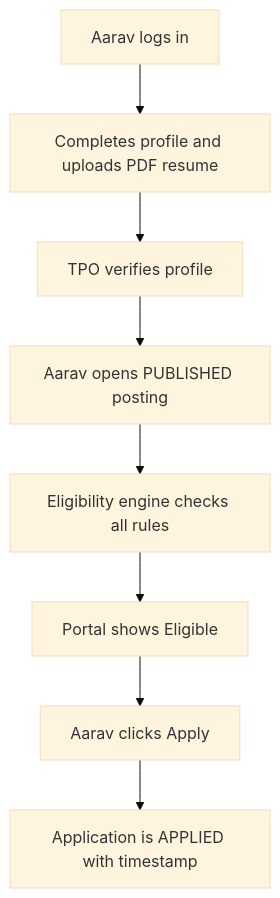
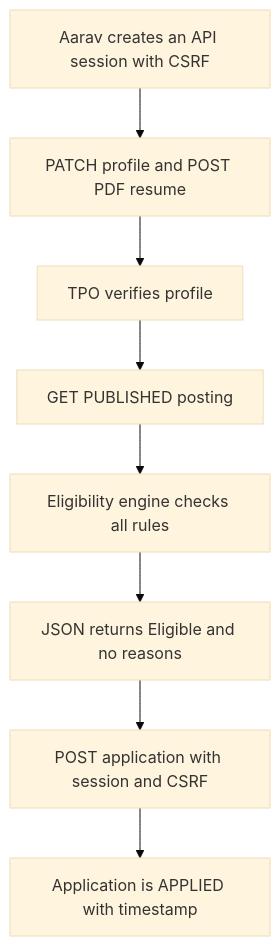
The first of 3 diagrams in docs/02-users-and-roles.md (sukurcf/spec-campushire-placement-portal), drawn with Mermaid (base theme) before and after one commit. The commit also changed other lines of this file and 14 other files, not shown here.

````diff
--- a/docs/02-users-and-roles.md
+++ b/docs/02-users-and-roles.md
@@ -50,10 +50,10 @@
 ```mermaid
 flowchart TD
-    A["Aarav logs in"] --> B["Completes profile and uploads PDF resume"]
+    A["Aarav creates an API session with CSRF"] --> B["PATCH profile and POST PDF resume"]
     B --> C["TPO verifies profile"]
-    C --> D["Aarav opens PUBLISHED posting"]
+    C --> D["GET PUBLISHED posting"]
     D --> E["Eligibility engine checks all rules"]
-    E --> F["Portal shows Eligible"]
-    F --> G["Aarav clicks Apply"]
+    E --> F["JSON returns Eligible and no reasons"]
+    F --> G["POST application with session and CSRF"]
     G --> H["Application is APPLIED with timestamp"]
 ```
````
